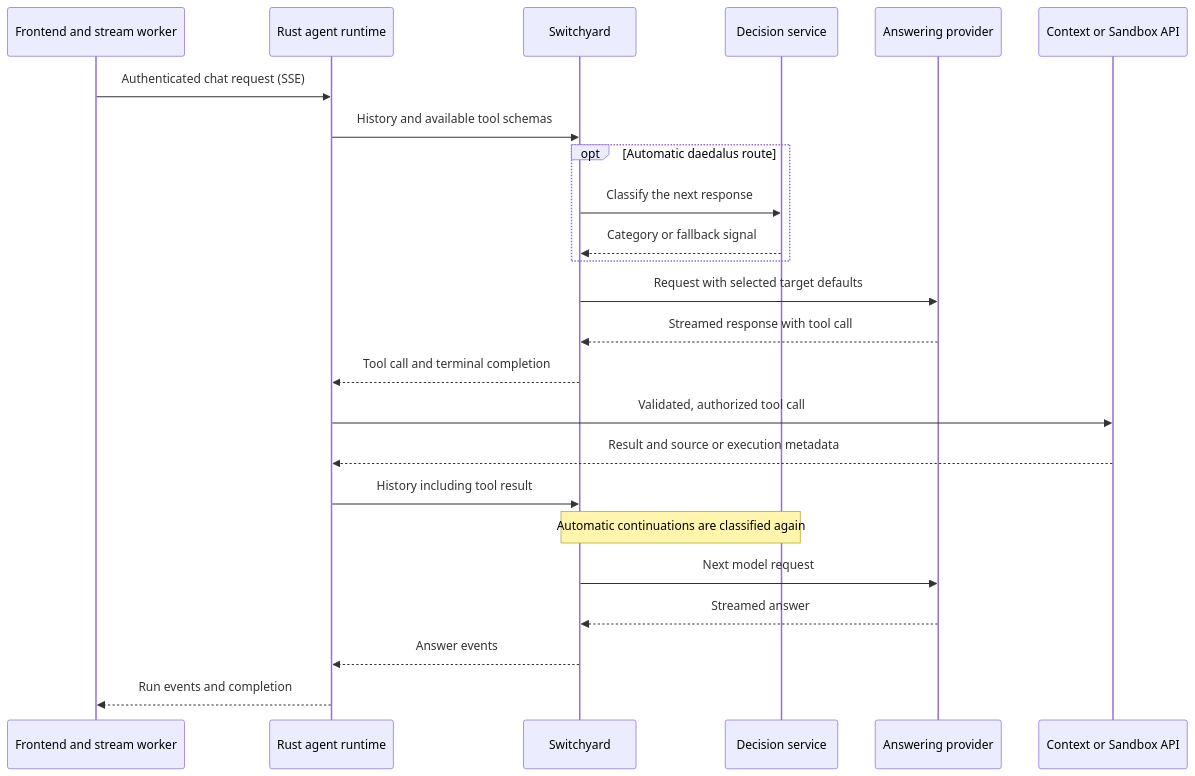
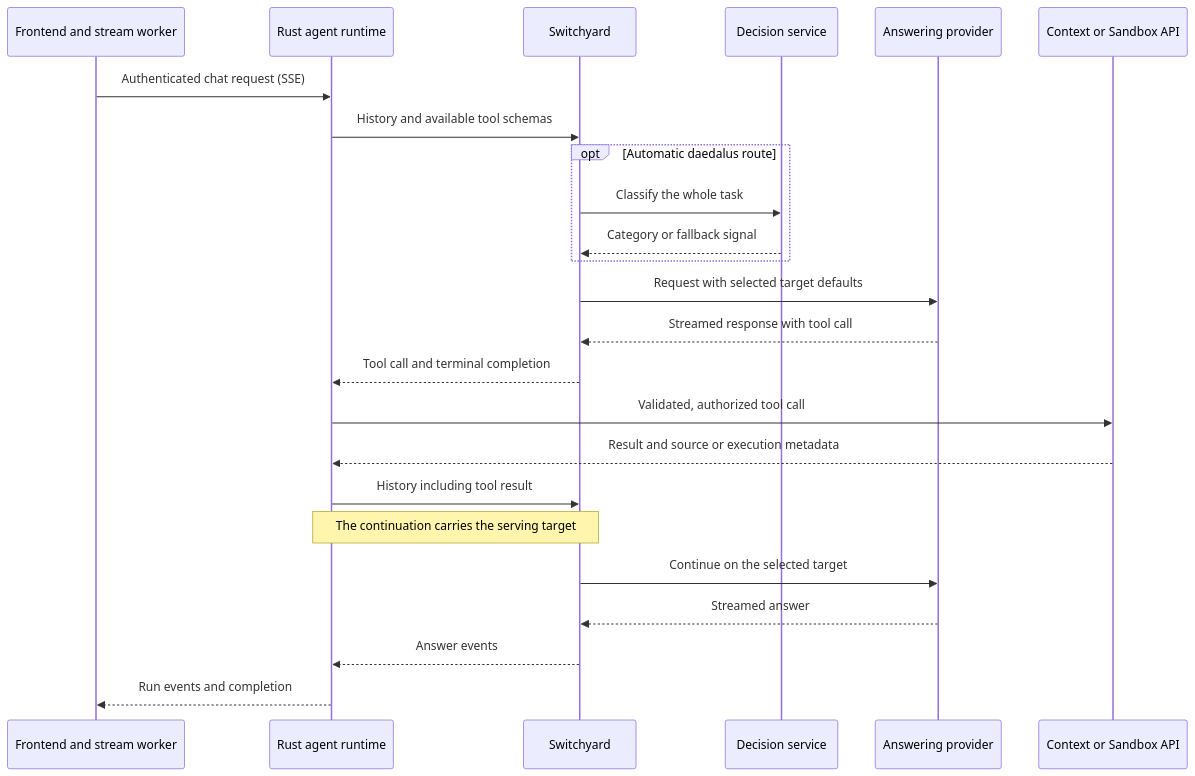
The diagram in docs/service-integration.md (tuttlebr/daedalus-monorepo), drawn with Mermaid before and after one commit. The commit also changed other lines of this file and 7 other files, not shown here.

````diff
--- a/docs/service-integration.md
+++ b/docs/service-integration.md
@@ -9,26 +9,26 @@
 ```mermaid
 sequenceDiagram
     participant UI as Frontend and stream worker
     participant Agent as Rust agent runtime
     participant Gateway as Switchyard
     participant Judge as Decision service
     participant Model as Answering provider
     participant Tool as Context or Sandbox API
     UI->>Agent: Authenticated chat request (SSE)
     Agent->>Gateway: History and available tool schemas
     opt Automatic daedalus route
-        Gateway->>Judge: Classify the next response
+        Gateway->>Judge: Classify the whole task
         Judge-->>Gateway: Category or fallback signal
     end
     Gateway->>Model: Request with selected target defaults
     Model-->>Gateway: Streamed response with tool call
     Gateway-->>Agent: Tool call and terminal completion
     Agent->>Tool: Validated, authorized tool call
     Tool-->>Agent: Result and source or execution metadata
     Agent->>Gateway: History including tool result
-    Note over Gateway,Judge: Automatic continuations are classified again
-    Gateway->>Model: Next model request
+    Note over Agent,Gateway: The continuation carries the serving target
+    Gateway->>Model: Continue on the selected target
     Model-->>Gateway: Streamed answer
     Gateway-->>Agent: Answer events
     Agent-->>UI: Run events and completion
 ```
````
